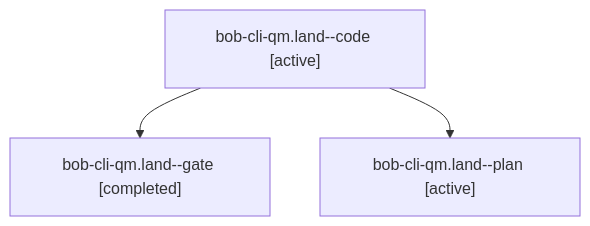
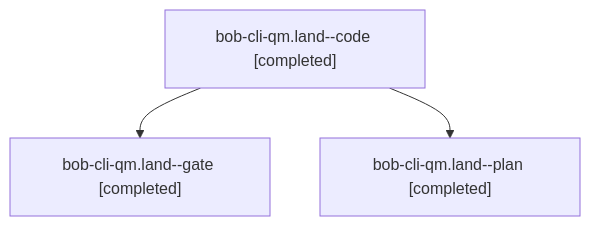
One commit to bobs-org/bob-cli--agents changed the diagram in sessions/bbugyi200.athena.bob-cli-qm.land.md. Above: the diagram before and after it, drawn with Mermaid. The commit also changed other lines of this file and 45 other files, not shown here.

````diff
--- a/sessions/bbugyi200.athena.bob-cli-qm.land.md
+++ b/sessions/bbugyi200.athena.bob-cli-qm.land.md
@@ -9,8 +9,8 @@
 ```mermaid
 flowchart TD
-  n0["bob-cli-qm.land--code [active]"]
+  n0["bob-cli-qm.land--code [completed]"]
   n1["bob-cli-qm.land--gate [completed]"]
   n0 --> n1
-  n2["bob-cli-qm.land--plan [active]"]
+  n2["bob-cli-qm.land--plan [completed]"]
   n0 --> n2
 ```
````
